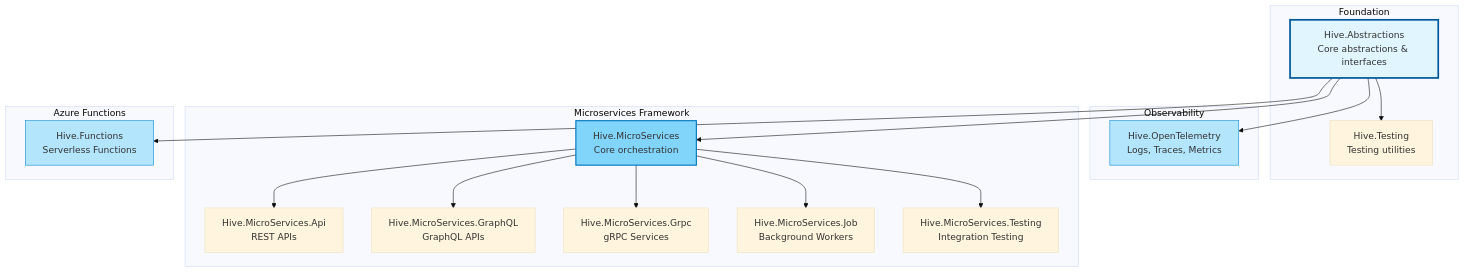
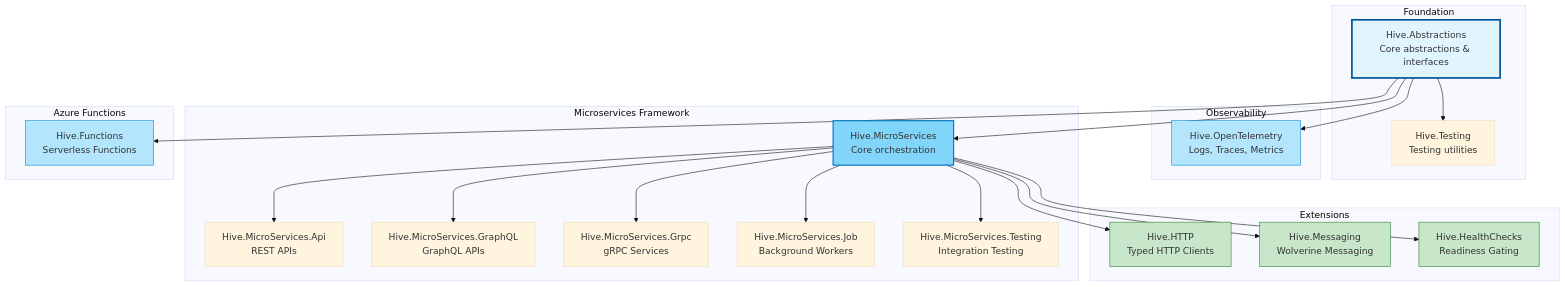
The diagram in README.md (cloud-tek/hive), drawn with Mermaid (base theme) before and after one commit. The commit also changed other lines of this file and 10 other files, not shown here.

````diff
--- a/README.md
+++ b/README.md
@@ -80,39 +80,51 @@
 ```mermaid
 graph TB
     subgraph "Foundation"
         Abstractions[Hive.Abstractions<br/>Core abstractions & interfaces]
         Testing[Hive.Testing<br/>Testing utilities]
     end
 
     subgraph "Observability"
         OpenTelemetry[Hive.OpenTelemetry<br/>Logs, Traces, Metrics]
+    end
+
+    subgraph "Extensions"
+        HTTP[Hive.HTTP<br/>Typed HTTP Clients]
+        Messaging[Hive.Messaging<br/>Wolverine Messaging]
+        HealthChecks[Hive.HealthChecks<br/>Readiness Gating]
     end
 
     subgraph "Microservices Framework"
         MicroServices[Hive.MicroServices<br/>Core orchestration]
         Api[Hive.MicroServices.Api<br/>REST APIs]
         GraphQL[Hive.MicroServices.GraphQL<br/>GraphQL APIs]
         Grpc[Hive.MicroServices.Grpc<br/>gRPC Services]
         Job[Hive.MicroServices.Job<br/>Background Workers]
         MSTesting[Hive.MicroServices.Testing<br/>Integration Testing]
     end
 
     subgraph "Azure Functions"
         Functions[Hive.Functions<br/>Serverless Functions]
     end
 
     Abstractions --> Testing
     Abstractions --> OpenTelemetry
     Abstractions --> MicroServices
     Abstractions --> Functions
     MicroServices --> Api
     MicroServices --> GraphQL
     MicroServices --> Grpc
     MicroServices --> Job
     MicroServices --> MSTesting
+    MicroServices --> HTTP
+    MicroServices --> Messaging
+    MicroServices --> HealthChecks
 
     style Abstractions fill:#e1f5ff,stroke:#01579b,stroke-width:3px
     style MicroServices fill:#81d4fa,stroke:#0277bd,stroke-width:2px
     style OpenTelemetry fill:#b3e5fc,stroke:#0288d1
     style Functions fill:#b3e5fc,stroke:#0288d1
+    style HTTP fill:#c8e6c9,stroke:#2e7d32
+    style Messaging fill:#c8e6c9,stroke:#2e7d32
+    style HealthChecks fill:#c8e6c9,stroke:#2e7d32
 ```
````
